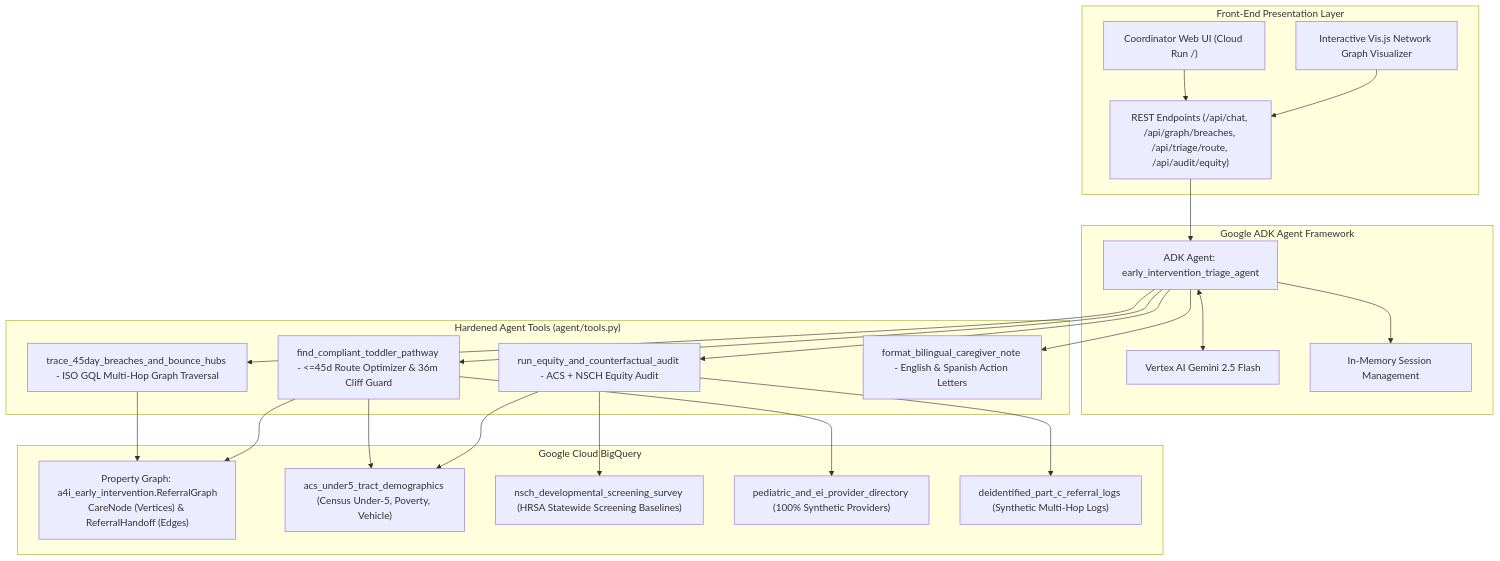
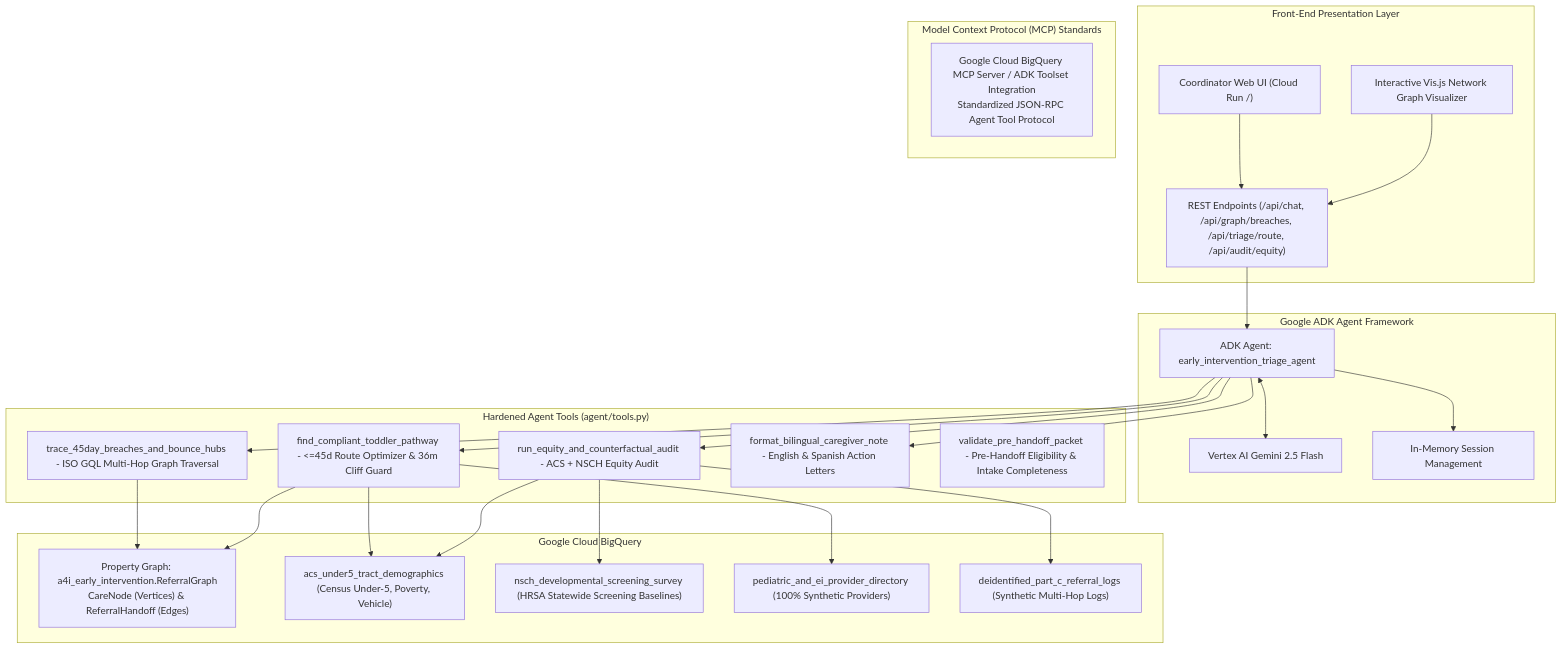
The diagram in SUBMISSION_DOCUMENTATION.md (Sree-Hari-Priya/agents_for_impact), drawn with Mermaid before and after one commit. The commit also changed other lines of this file and 3 other files, not shown here.

````diff
--- a/SUBMISSION_DOCUMENTATION.md
+++ b/SUBMISSION_DOCUMENTATION.md
@@ -140,46 +144,51 @@
 ```mermaid
 graph TD
     subgraph UI_Layer ["Front-End Presentation Layer"]
         Dashboard["Coordinator Web UI (Cloud Run /)"]
         VisGraph["Interactive Vis.js Network Graph Visualizer"]
         REST_API["REST Endpoints (/api/chat, /api/graph/breaches, /api/triage/route, /api/audit/equity)"]
     end
 
     subgraph Agent_Layer ["Google ADK Agent Framework"]
         ADK["ADK Agent: early_intervention_triage_agent"]
         LLM["Vertex AI Gemini 2.5 Flash"]
         Memory["In-Memory Session Management"]
     end
 
     subgraph Tools_Layer ["Hardened Agent Tools (agent/tools.py)"]
         T1["trace_45day_breaches_and_bounce_hubs - ISO GQL Multi-Hop Graph Traversal"]
         T2["find_compliant_toddler_pathway - <=45d Route Optimizer & 36m Cliff Guard"]
         T3["run_equity_and_counterfactual_audit - ACS + NSCH Equity Audit"]
         T4["format_bilingual_caregiver_note - English & Spanish Action Letters"]
+        T5["validate_pre_handoff_packet - Pre-Handoff Eligibility & Intake Completeness"]
+    end
+
+    subgraph MCP_Layer ["Model Context Protocol (MCP) Standards"]
+        MCP["Google Cloud BigQuery MCP Server / ADK Toolset Integration<br/>Standardized JSON-RPC Agent Tool Protocol"]
     end
 
     subgraph Data_Layer ["Google Cloud BigQuery"]
         GQL["Property Graph: a4i_early_intervention.ReferralGraph<br/>CareNode (Vertices) & ReferralHandoff (Edges)"]
         ACS["acs_under5_tract_demographics (Census Under-5, Poverty, Vehicle)"]
         NSCH["nsch_developmental_screening_survey (HRSA Statewide Screening Baselines)"]
         Providers["pediatric_and_ei_provider_directory (100% Synthetic Providers)"]
         Logs["deidentified_part_c_referral_logs (Synthetic Multi-Hop Logs)"]
     end
 
     Dashboard --> REST_API
     VisGraph --> REST_API
     REST_API --> ADK
     ADK <--> LLM
     ADK --> Memory
     ADK --> T1
     ADK --> T2
     ADK --> T3
     ADK --> T4
     T1 --> GQL
     T2 --> GQL
     T2 --> ACS
     T2 --> Providers
     T3 --> Logs
     T3 --> ACS
     T3 --> NSCH
 ```
````
